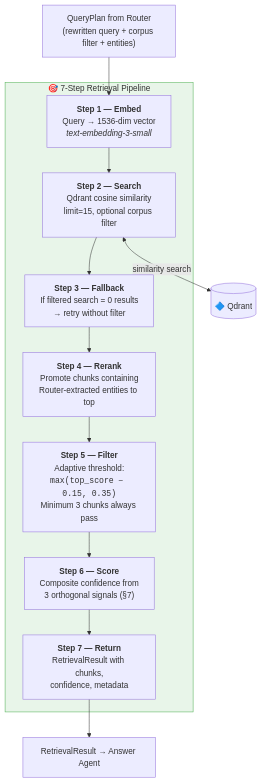
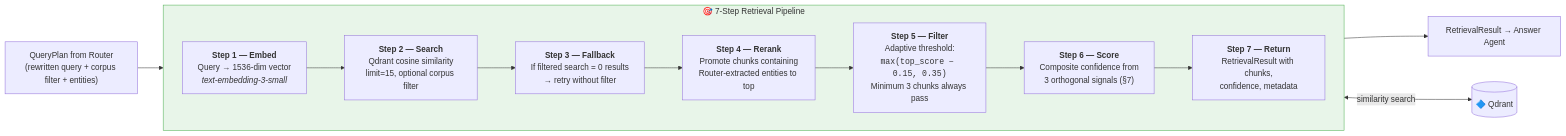
The diagram in figures/mermaid/M4_retrieval_pipeline.mmd (uditauniyal/legal-mvp), drawn with Mermaid before and after one commit. The commit also changed 34 other files, not shown here.

```diff
--- a/figures/mermaid/M4_retrieval_pipeline.mmd
+++ b/figures/mermaid/M4_retrieval_pipeline.mmd
@@ -1,20 +1,21 @@
-flowchart TD
+flowchart LR
     IN["QueryPlan from Router<br/>(rewritten query + corpus filter + entities)"]
 
     subgraph Pipeline["🎯 7-Step Retrieval Pipeline"]
+        direction LR
         S1["<b>Step 1 — Embed</b><br/>Query → 1536-dim vector<br/><i>text-embedding-3-small</i>"]
         S2["<b>Step 2 — Search</b><br/>Qdrant cosine similarity<br/>limit=15, optional corpus filter"]
         S3["<b>Step 3 — Fallback</b><br/>If filtered search = 0 results<br/>→ retry without filter"]
         S4["<b>Step 4 — Rerank</b><br/>Promote chunks containing<br/>Router-extracted entities to top"]
         S5["<b>Step 5 — Filter</b><br/>Adaptive threshold:<br/><code>max(top_score − 0.15, 0.35)</code><br/>Minimum 3 chunks always pass"]
         S6["<b>Step 6 — Score</b><br/>Composite confidence from<br/>3 orthogonal signals (§7)"]
         S7["<b>Step 7 — Return</b><br/>RetrievalResult with chunks,<br/>confidence, metadata"]
 
         S1 --> S2 --> S3 --> S4 --> S5 --> S6 --> S7
     end
 
     IN --> S1
     S7 --> OUT["RetrievalResult → Answer Agent"]
     S2 <-->|"similarity search"| QD[("🔷 Qdrant")]
 
     style Pipeline fill:#e8f5e9,stroke:#4CAF50
```
